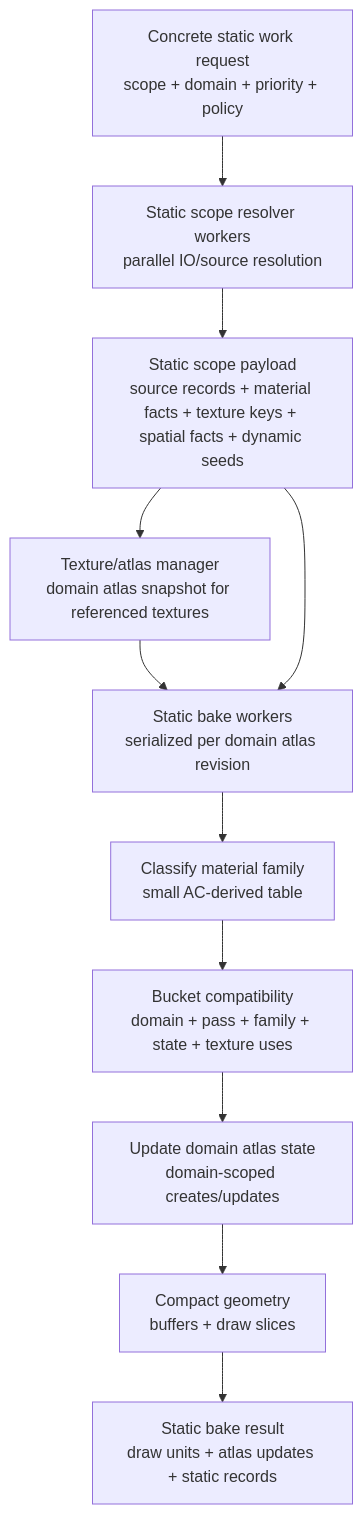
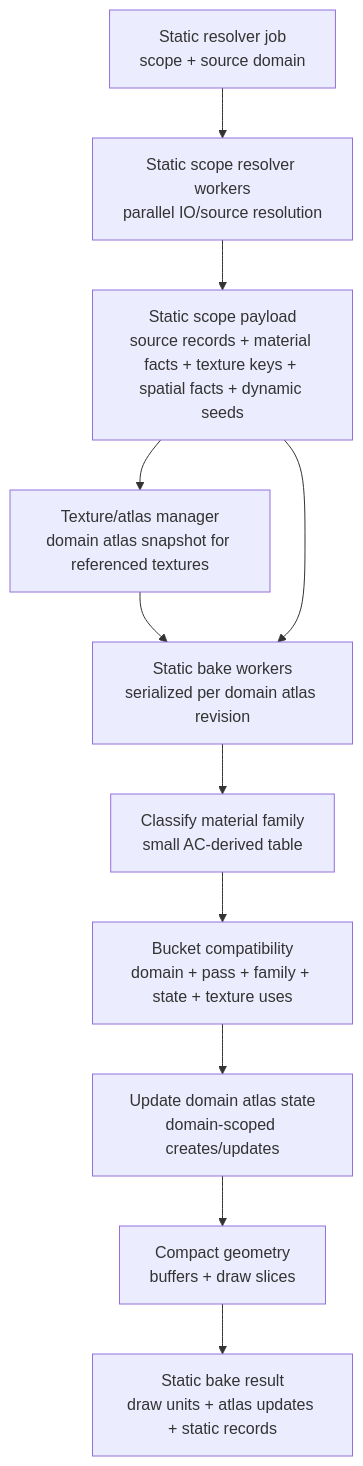
Before and after one commit to merklejerk/holtburger: the tenth of 22 diagrams in docs/plans/holtburger-3d-frontend-v2-design.md, drawn with Mermaid. The commit also changed other lines of this file and 1 other file, not shown here.

````diff
--- a/docs/plans/holtburger-3d-frontend-v2-design.md
+++ b/docs/plans/holtburger-3d-frontend-v2-design.md
@@ -734,18 +765,18 @@
 ```mermaid
 flowchart TB
-  Request["Concrete static work request<br/>scope + domain + priority + policy"]
+  Request["Static resolver job<br/>scope + source domain"]
   Resolver["Static scope resolver workers<br/>parallel IO/source resolution"]
   Payload["Static scope payload<br/>source records + material facts + texture keys + spatial facts + dynamic seeds"]
   Atlas["Texture/atlas manager<br/>domain atlas snapshot for referenced textures"]
   Baker["Static bake workers<br/>serialized per domain atlas revision"]
   Classify["Classify material family<br/>small AC-derived table"]
   Bucket["Bucket compatibility<br/>domain + pass + family + state + texture uses"]
   Pack["Update domain atlas state<br/>domain-scoped creates/updates"]
   Compact["Compact geometry<br/>buffers + draw slices"]
   Product["Static bake result<br/>draw units + atlas updates + static records"]
 
   Request --> Resolver --> Payload
   Payload --> Atlas --> Baker
   Payload --> Baker
   Baker --> Classify --> Bucket --> Pack --> Compact --> Product
 ```
````
